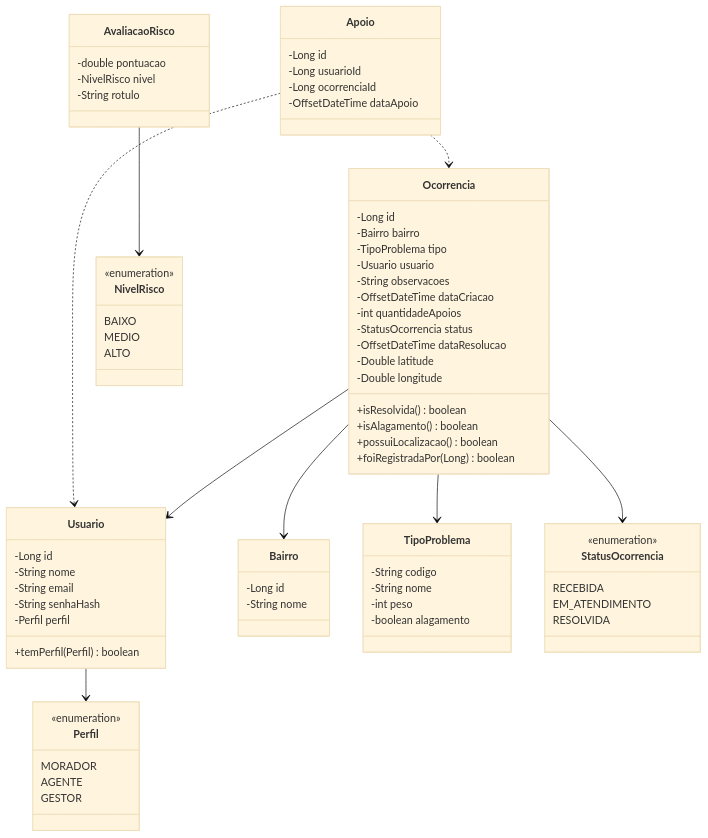
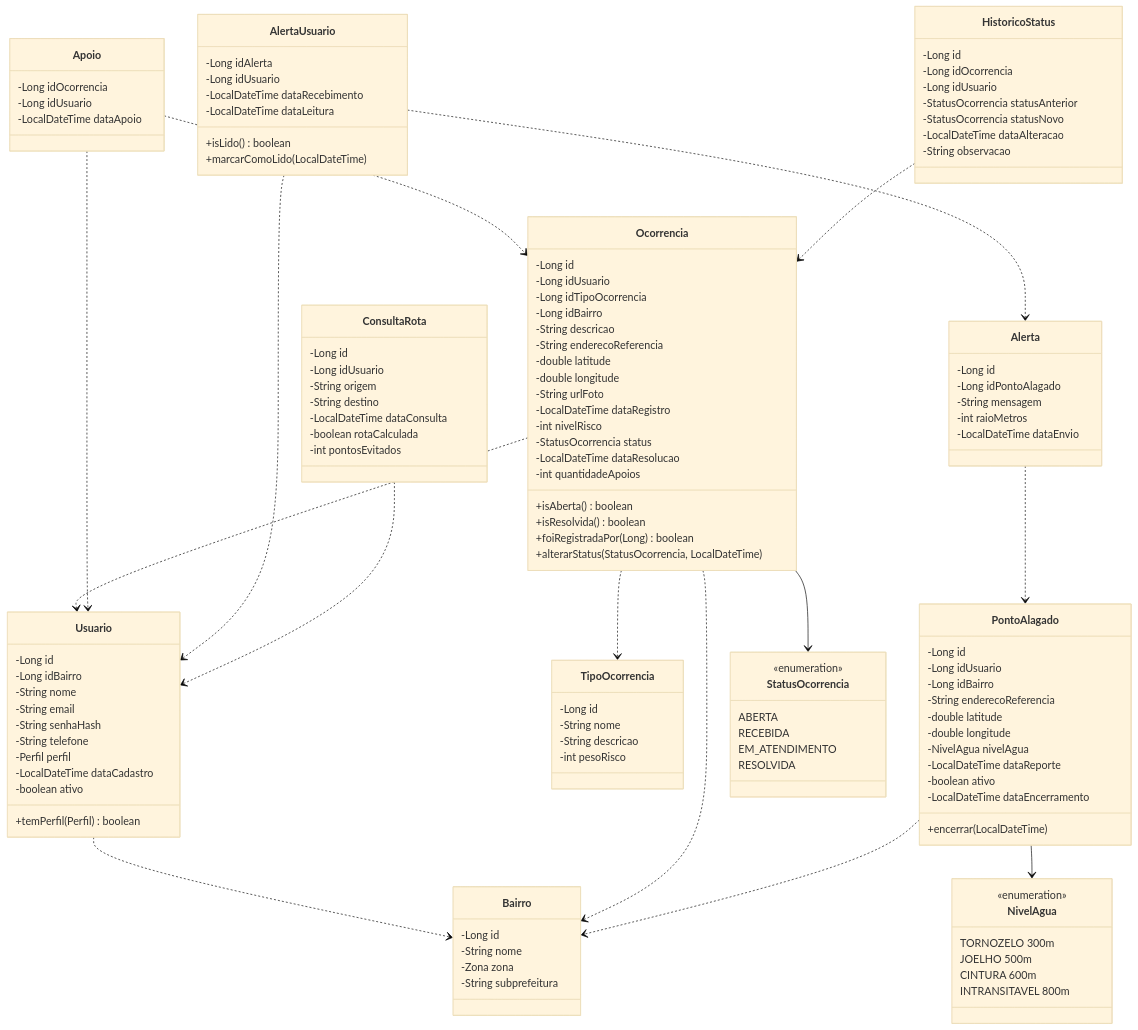
One commit to AlertaBairro/DDD-Java-GSCitizenTech changed the second of 2 diagrams in docs/documentacao.md. Above: the diagram before and after it, drawn with Mermaid (base theme). The commit also changed other lines of this file and 2 other files, not shown here.

Commit message:
docs: README, documentação e requests.http para o modelo de dados do grupo (ER das 10 tabelas, ordem dos scripts e usuários de teste)

````diff
--- a/docs/documentacao.md
+++ b/docs/documentacao.md
@@ -179,75 +260,126 @@
 ```mermaid
 classDiagram
+    class Bairro {
+        -Long id
+        -String nome
+        -Zona zona
+        -String subprefeitura
+    }
     class Usuario {
         -Long id
+        -Long idBairro
         -String nome
         -String email
         -String senhaHash
+        -String telefone
         -Perfil perfil
+        -LocalDateTime dataCadastro
+        -boolean ativo
         +temPerfil(Perfil) boolean
+    }
+    class TipoOcorrencia {
+        -Long id
+        -String nome
+        -String descricao
+        -int pesoRisco
     }
     class Ocorrencia {
         -Long id
-        -Bairro bairro
-        -TipoProblema tipo
-        -Usuario usuario
-        -String observacoes
-        -OffsetDateTime dataCriacao
+        -Long idUsuario
+        -Long idTipoOcorrencia
+        -Long idBairro
+        -String descricao
+        -String enderecoReferencia
+        -double latitude
+        -double longitude
+        -String urlFoto
+        -LocalDateTime dataRegistro
+        -int nivelRisco
+        -StatusOcorrencia status
+        -LocalDateTime dataResolucao
         -int quantidadeApoios
-        -StatusOcorrencia status
-        -OffsetDateTime dataResolucao
-        -Double latitude
-        -Double longitude
+        +isAberta() boolean
         +isResolvida() boolean
-        +isAlagamento() boolean
-        +possuiLocalizacao() boolean
         +foiRegistradaPor(Long) boolean
+        +alterarStatus(StatusOcorrencia, LocalDateTime)
     }
     class Apoio {
+        -Long idOcorrencia
+        -Long idUsuario
+        -LocalDateTime dataApoio
+    }
+    class HistoricoStatus {
         -Long id
-        -Long usuarioId
-        -Long ocorrenciaId
-        -OffsetDateTime dataApoio
+        -Long idOcorrencia
+        -Long idUsuario
+        -StatusOcorrencia statusAnterior
+        -StatusOcorrencia statusNovo
+        -LocalDateTime dataAlteracao
+        -String observacao
     }
-    class Bairro {
+    class PontoAlagado {
         -Long id
-        -String nome
+        -Long idUsuario
+        -Long idBairro
+        -String enderecoReferencia
+        -double latitude
+        -double longitude
+        -NivelAgua nivelAgua
+        -LocalDateTime dataReporte
+        -boolean ativo
+        -LocalDateTime dataEncerramento
+        +encerrar(LocalDateTime)
     }
-    class TipoProblema {
-        -String codigo
-        -String nome
-        -int peso
-        -boolean alagamento
+    class Alerta {
+        -Long id
+        -Long idPontoAlagado
+        -String mensagem
+        -int raioMetros
+        -LocalDateTime dataEnvio
     }
-    class AvaliacaoRisco {
-        -double pontuacao
-        -NivelRisco nivel
-        -String rotulo
+    class AlertaUsuario {
+        -Long idAlerta
+        -Long idUsuario
+        -LocalDateTime dataRecebimento
+        -LocalDateTime dataLeitura
+        +isLido() boolean
+        +marcarComoLido(LocalDateTime)
     }
-    class Perfil {
+    class ConsultaRota {
+        -Long id
+        -Long idUsuario
+        -String origem
+        -String destino
+        -LocalDateTime dataConsulta
+        -boolean rotaCalculada
+        -int pontosEvitados
+    }
+    class NivelAgua {
         <<enumeration>>
-        MORADOR
-        AGENTE
-        GESTOR
+        TORNOZELO 300m
+        JOELHO 500m
+        CINTURA 600m
+        INTRANSITAVEL 800m
     }
     class StatusOcorrencia {
         <<enumeration>>
+        ABERTA
         RECEBIDA
         EM_ATENDIMENTO
         RESOLVIDA
     }
-    class NivelRisco {
-        <<enumeration>>
-        BAIXO
-        MEDIO
-        ALTO
-    }
-    Ocorrencia --> Bairro
-    Ocorrencia --> TipoProblema
-    Ocorrencia --> Usuario
+    Usuario ..> Bairro
+    Ocorrencia ..> Usuario
+    Ocorrencia ..> TipoOcorrencia
+    Ocorrencia ..> Bairro
     Ocorrencia --> StatusOcorrencia
-    Usuario --> Perfil
+    Apoio ..> Ocorrencia
     Apoio ..> Usuario
-    Apoio ..> Ocorrencia
-    AvaliacaoRisco --> NivelRisco
+    HistoricoStatus ..> Ocorrencia
+    PontoAlagado --> NivelAgua
+    PontoAlagado ..> Bairro
+    Alerta ..> PontoAlagado
+    AlertaUsuario ..> Alerta
+    AlertaUsuario ..> Usuario
+    ConsultaRota ..> Usuario
 ```
````
